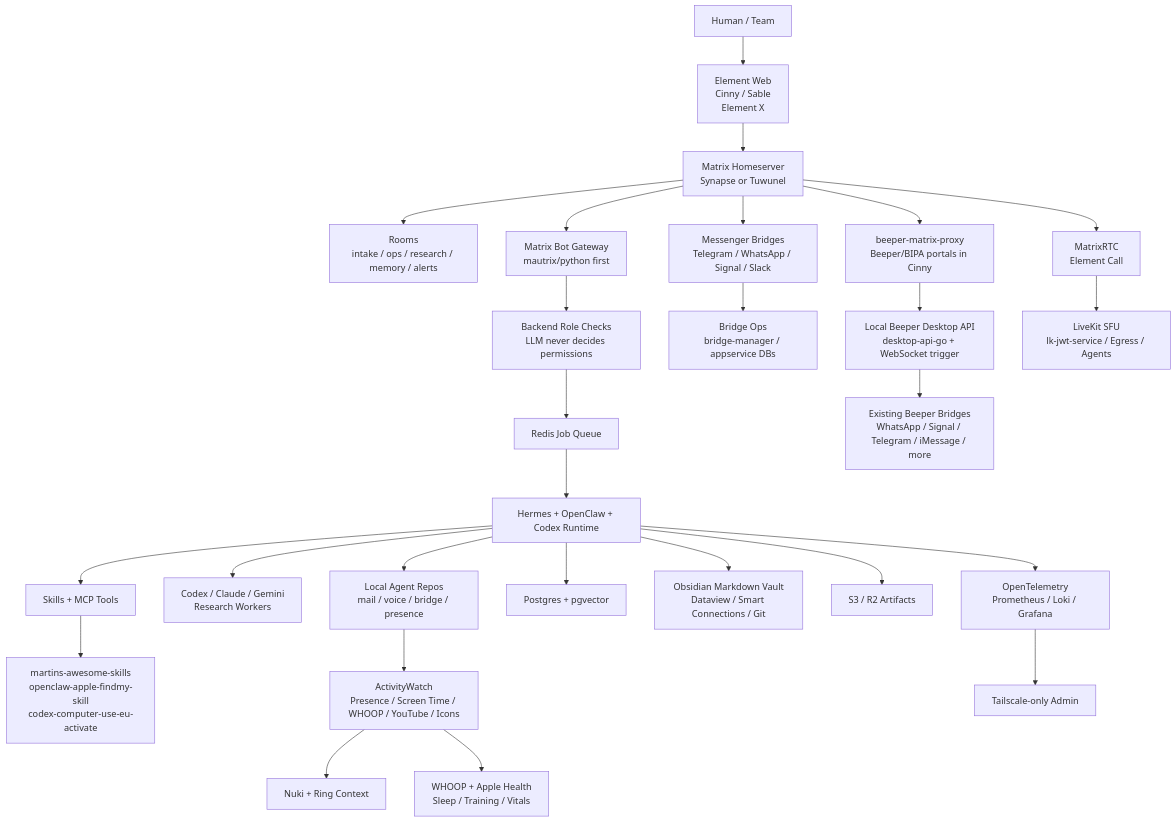
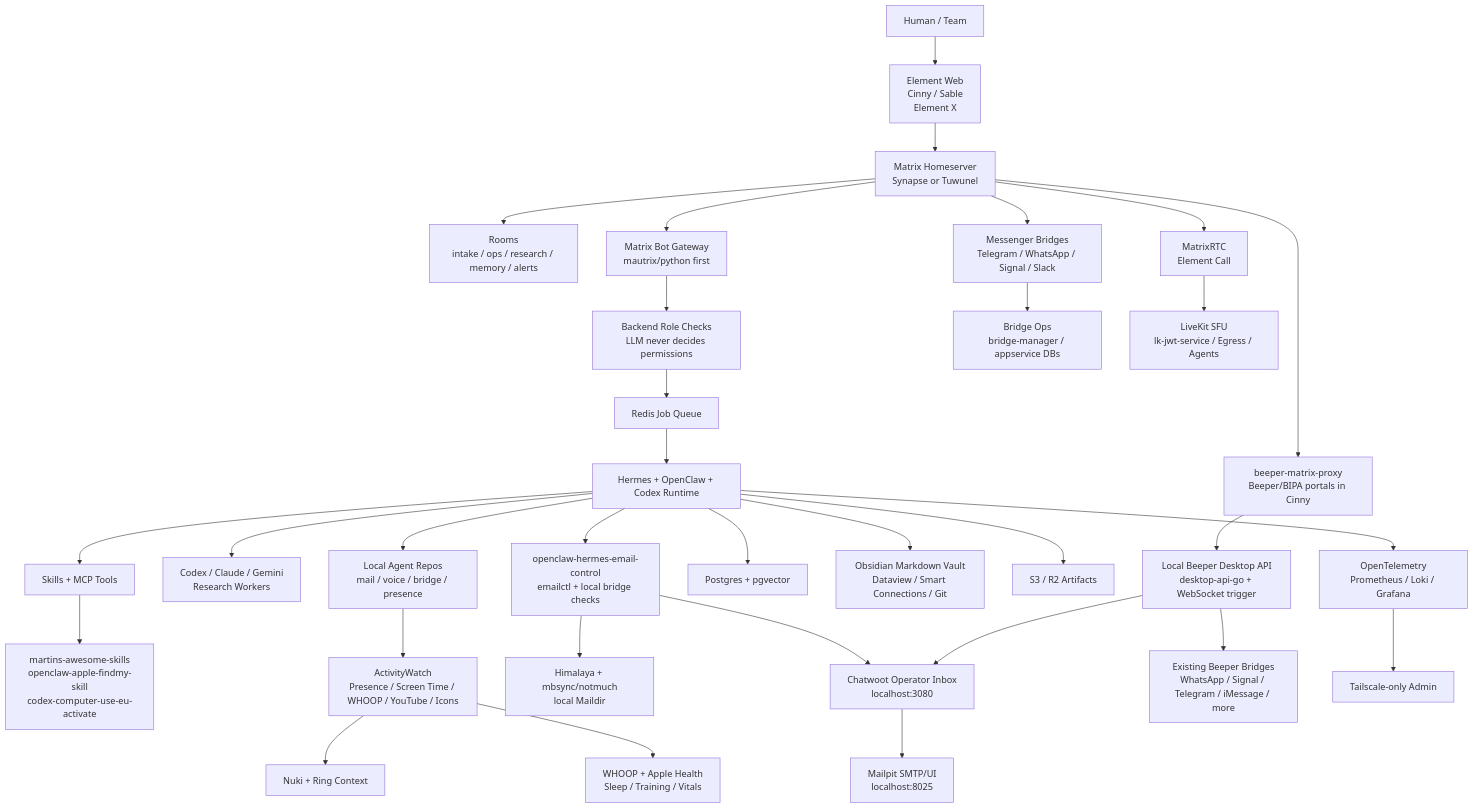
One commit to Martin-Hausleitner/credo changed the first of 2 diagrams in README.md. Above: the diagram before and after it, drawn with Mermaid. The commit also changed other lines of this file and 1 other file, not shown here.

Commit message:
Add operator inbox to stack diagrams

````diff
--- a/README.md
+++ b/README.md
@@ -163,35 +163,41 @@
 ```mermaid
 flowchart TB
   User["Human / Team"] --> Clients["Element Web<br/>Cinny / Sable<br/>Element X"]
   Clients --> Matrix["Matrix Homeserver<br/>Synapse or Tuwunel"]
 
   Matrix --> Rooms["Rooms<br/>intake / ops / research / memory / alerts"]
   Matrix --> Gateway["Matrix Bot Gateway<br/>mautrix/python first"]
   Matrix --> Bridges["Messenger Bridges<br/>Telegram / WhatsApp / Signal / Slack"]
   Matrix --> BeeperProxy["beeper-matrix-proxy<br/>Beeper/BIPA portals in Cinny"]
   Matrix --> RTC["MatrixRTC<br/>Element Call"]
 
   Gateway --> Authz["Backend Role Checks<br/>LLM never decides permissions"]
   Authz --> Queue["Redis Job Queue"]
   Queue --> Runtime["Hermes + OpenClaw + Codex Runtime"]
 
   Runtime --> Skills["Skills + MCP Tools"]
   Skills --> SkillRepos["martins-awesome-skills<br/>openclaw-apple-findmy-skill<br/>codex-computer-use-eu-activate"]
   Runtime --> Workers["Codex / Claude / Gemini<br/>Research Workers"]
   Runtime --> LocalRepos["Local Agent Repos<br/>mail / voice / bridge / presence"]
+  Runtime --> InboxControl["openclaw-hermes-email-control<br/>emailctl + local bridge checks"]
   Runtime --> Memory["Postgres + pgvector"]
   Runtime --> Vault["Obsidian Markdown Vault<br/>Dataview / Smart Connections / Git"]
   Runtime --> Artifacts["S3 / R2 Artifacts"]
+
+  InboxControl --> Chatwoot["Chatwoot Operator Inbox<br/>localhost:3080"]
+  InboxControl --> MailTools["Himalaya + mbsync/notmuch<br/>local Maildir"]
+  Chatwoot --> Mailpit["Mailpit SMTP/UI<br/>localhost:8025"]
 
   LocalRepos --> AW["ActivityWatch<br/>Presence / Screen Time / WHOOP / YouTube / Icons"]
   AW --> Door["Nuki + Ring Context"]
   AW --> Health["WHOOP + Apple Health<br/>Sleep / Training / Vitals"]
 
   Bridges --> BridgeOps["Bridge Ops<br/>bridge-manager / appservice DBs"]
   BeeperProxy --> BeeperAPI["Local Beeper Desktop API<br/>desktop-api-go + WebSocket trigger"]
+  BeeperAPI --> Chatwoot
   BeeperAPI --> BeeperCloud["Existing Beeper Bridges<br/>WhatsApp / Signal / Telegram / iMessage / more"]
   RTC --> LiveKit["LiveKit SFU<br/>lk-jwt-service / Egress / Agents"]
 
   Runtime --> Observability["OpenTelemetry<br/>Prometheus / Loki / Grafana"]
   Observability --> Tailscale["Tailscale-only Admin"]
 ```
````
